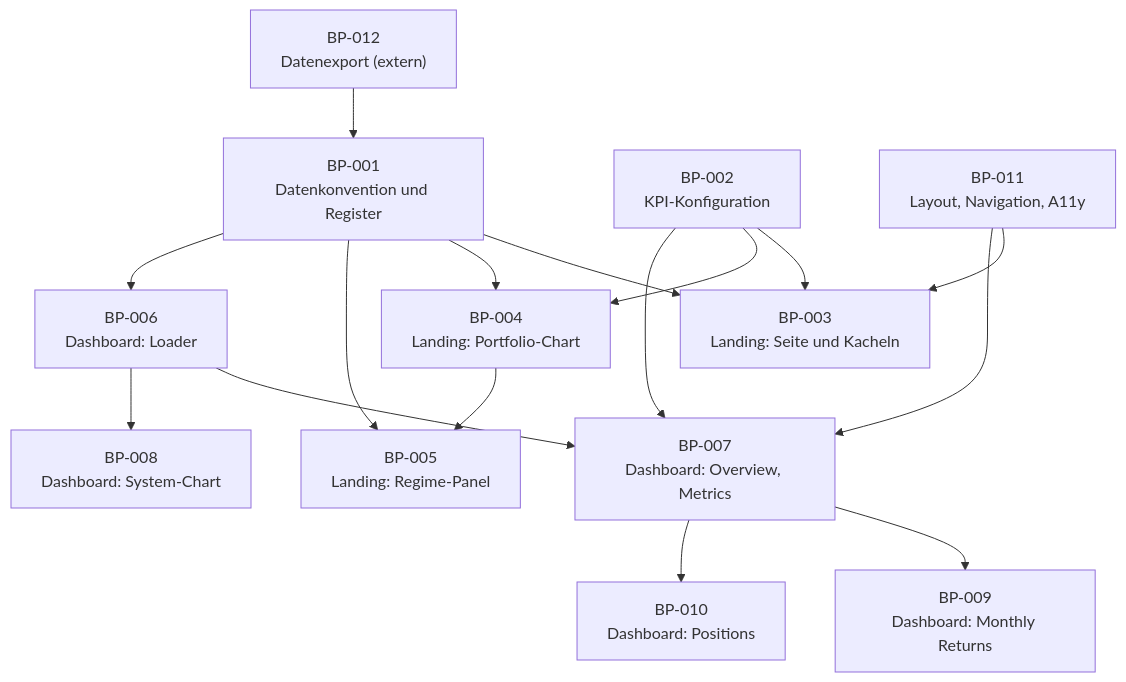
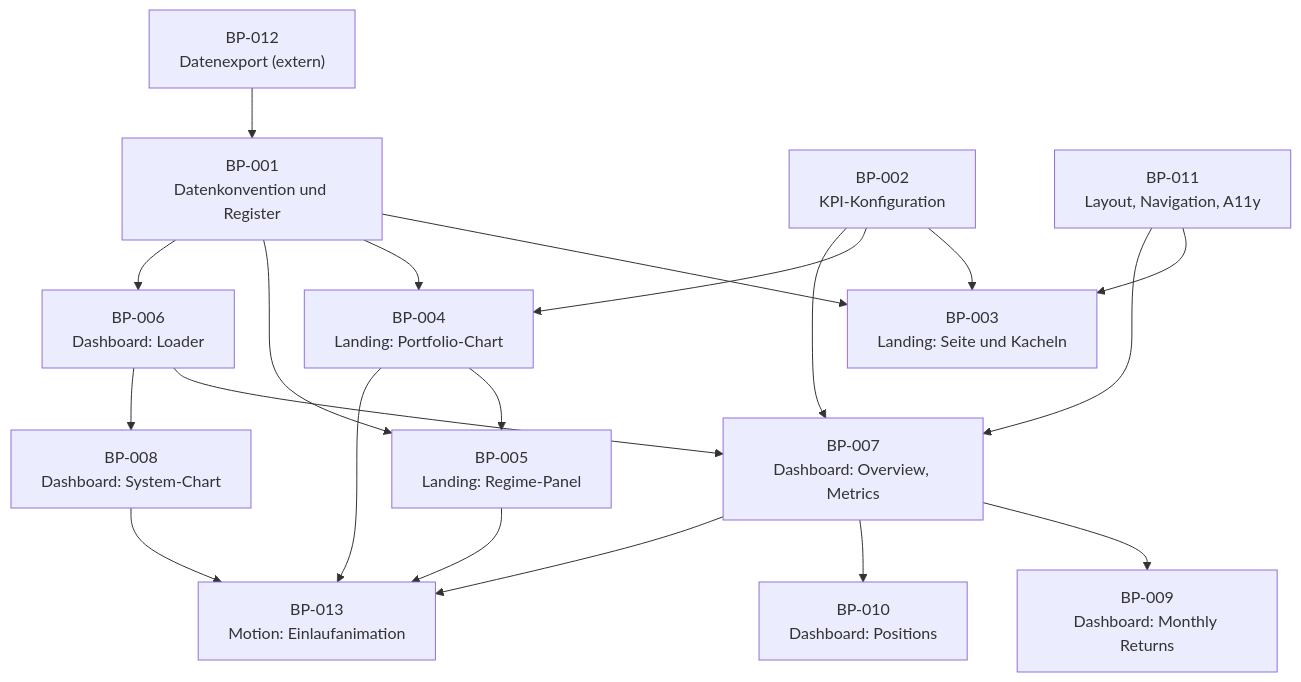
The diagram in docs/sdd/build_plan.md (github-ascnet/WL-Trading-Systems-Overview), drawn with Mermaid before and after one commit. The commit also changed other lines of this file and 11 other files, not shown here.

First line of the commit message:
Add motion graphics: chart draw-in and KPI count-up (BP-013)

````diff
--- a/docs/sdd/build_plan.md
+++ b/docs/sdd/build_plan.md
@@ -44,31 +44,36 @@
 ```mermaid
 flowchart TD
     BP001["BP-001<br/>Datenkonvention und Register"]
     BP002["BP-002<br/>KPI-Konfiguration"]
     BP003["BP-003<br/>Landing: Seite und Kacheln"]
     BP004["BP-004<br/>Landing: Portfolio-Chart"]
     BP005["BP-005<br/>Landing: Regime-Panel"]
     BP006["BP-006<br/>Dashboard: Loader"]
     BP007["BP-007<br/>Dashboard: Overview, Metrics"]
     BP008["BP-008<br/>Dashboard: System-Chart"]
     BP009["BP-009<br/>Dashboard: Monthly Returns"]
     BP010["BP-010<br/>Dashboard: Positions"]
     BP011["BP-011<br/>Layout, Navigation, A11y"]
     BP012["BP-012<br/>Datenexport (extern)"]
+    BP013["BP-013<br/>Motion: Einlaufanimation"]
 
     BP012 --> BP001
     BP001 --> BP003
     BP001 --> BP004
     BP001 --> BP005
     BP001 --> BP006
     BP002 --> BP003
     BP002 --> BP004
     BP002 --> BP007
     BP006 --> BP007
     BP007 --> BP009
     BP007 --> BP010
     BP006 --> BP008
     BP004 --> BP005
     BP011 --> BP003
     BP011 --> BP007
+    BP004 --> BP013
+    BP005 --> BP013
+    BP007 --> BP013
+    BP008 --> BP013
 ```
````
